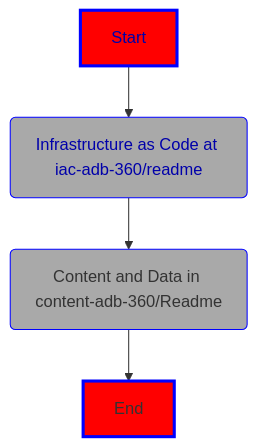
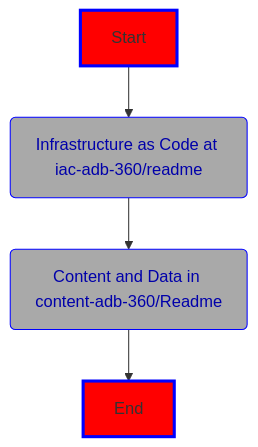
The diagram in README.md (Azure/Databricks360), drawn with Mermaid before and after one commit.

````diff
--- a/README.md
+++ b/README.md
@@ -30,11 +30,11 @@
 ```mermaid
 flowchart TD
 Start --> IaC(Infrastructure as Code at iac-adb-360/readme)
-style Start fill:red,stroke:blue,stroke-width:3px,shadow:shadow,color:#0000aa
+style Start fill:red,stroke:blue,stroke-width:3px,shadow:shadow
 IaC --> Content(Content and Data in content-adb-360/Readme)
 style IaC fill:darkgray,stroke:blue,stroke-witdth:3px,shadow:shadow,color:#0000aa
 Content --> End
-style Content fill:darkgray,stroke:blue,stroke-witdth:3px,shadow:shadow
+style Content fill:darkgray,stroke:blue,stroke-witdth:3px,shadow:shadow,color:#0000aa
 style End fill:red,stroke:blue,stroke-width:3px,shadow:shadow
 
 ```
````
